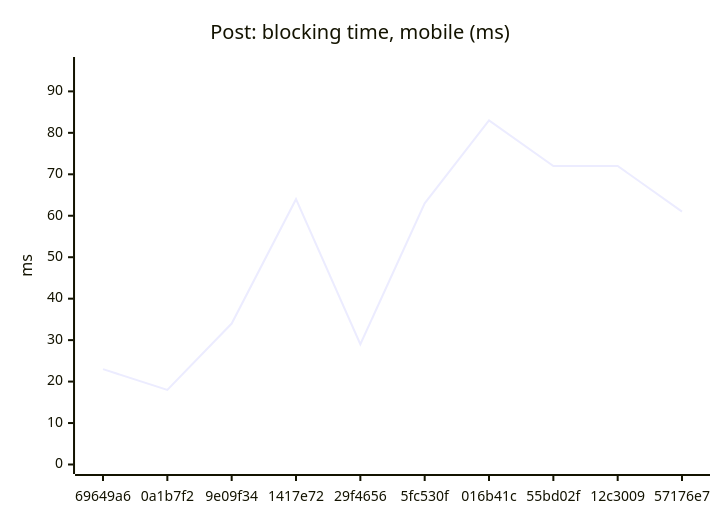
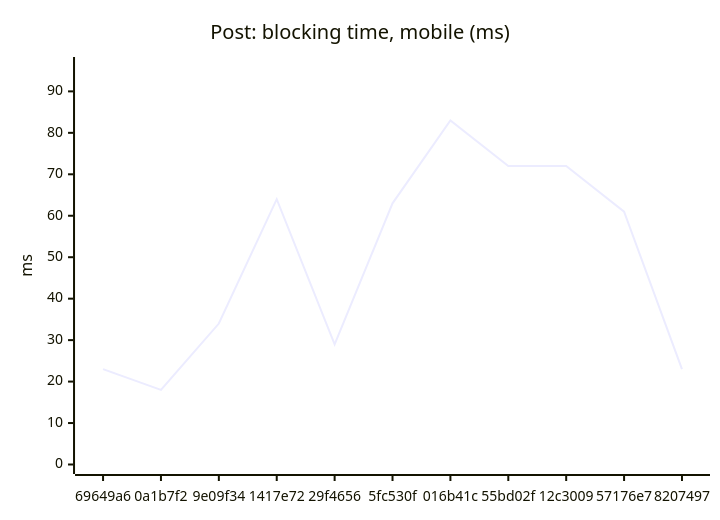
One commit to AxelUser/maltsev.space changed diagram 12 of 18 in README.md. Above: the diagram before and after it, drawn with Mermaid. The commit also changed other lines of this file and 1 other file, not shown here.

````diff
--- a/README.md
+++ b/README.md
@@ -133,7 +133,7 @@
 ```mermaid
 xychart-beta
   title "Post: blocking time, mobile (ms)"
-  x-axis ["69649a6", "0a1b7f2", "9e09f34", "1417e72", "29f4656", "5fc530f", "016b41c", "55bd02f", "12c3009", "57176e7"]
+  x-axis ["69649a6", "0a1b7f2", "9e09f34", "1417e72", "29f4656", "5fc530f", "016b41c", "55bd02f", "12c3009", "57176e7", "8207497"]
   y-axis "ms" 0 --> 96
-  line [23, 18, 34, 64, 29, 63, 83, 72, 72, 61]
+  line [23, 18, 34, 64, 29, 63, 83, 72, 72, 61, 23]
 ```
````
